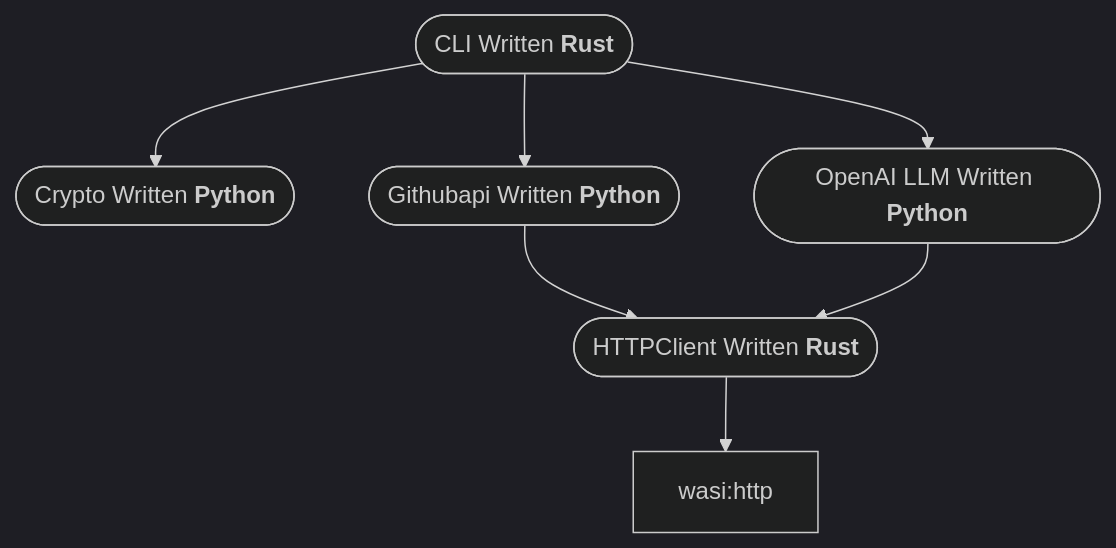
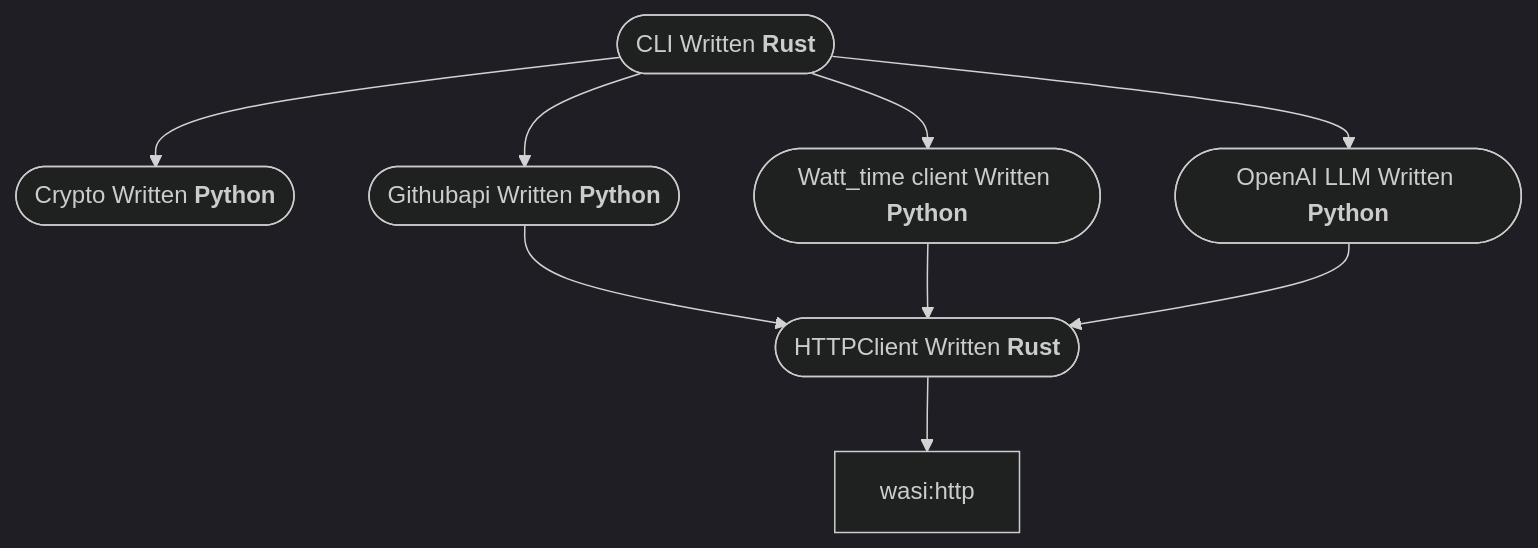
One commit to dipankardas011/wae changed the diagram in README.md. Above: the diagram before and after it, drawn with Mermaid (dark theme). The commit also changed other lines of this file and 18 other files, not shown here.

````diff
--- a/README.md
+++ b/README.md
@@ -14,9 +21,11 @@
 ```mermaid
 graph TD;
     cli(["`CLI Written **Rust**`"])-->crypto(["`Crypto Written **Python**`"]);
     cli-->githubapi(["`Githubapi Written **Python**`"]);
     cli-->openai(["`OpenAI LLM Written **Python**`"]);
+    cli-->watt(["`Watt_time client Written **Python**`"]);
     githubapi-->httpclient(["`HTTPClient Written **Rust**`"]);
+    watt-->httpclient;
     openai-->httpclient;
     httpclient-->wasi:http;
 ```
````
